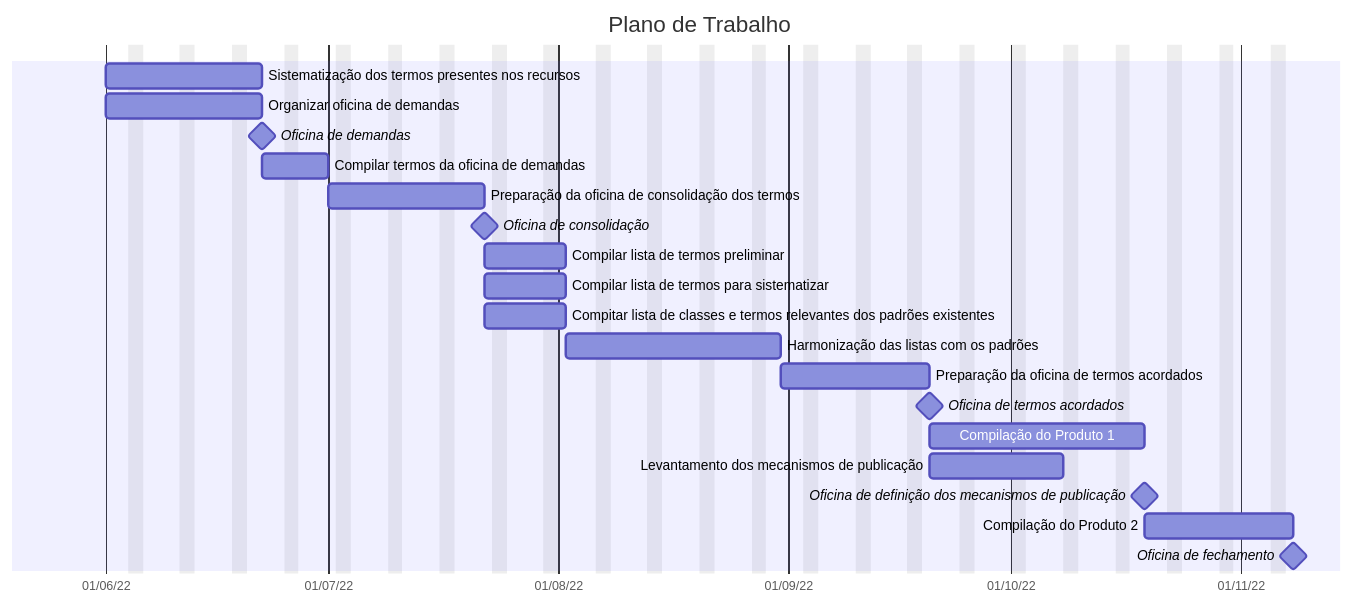
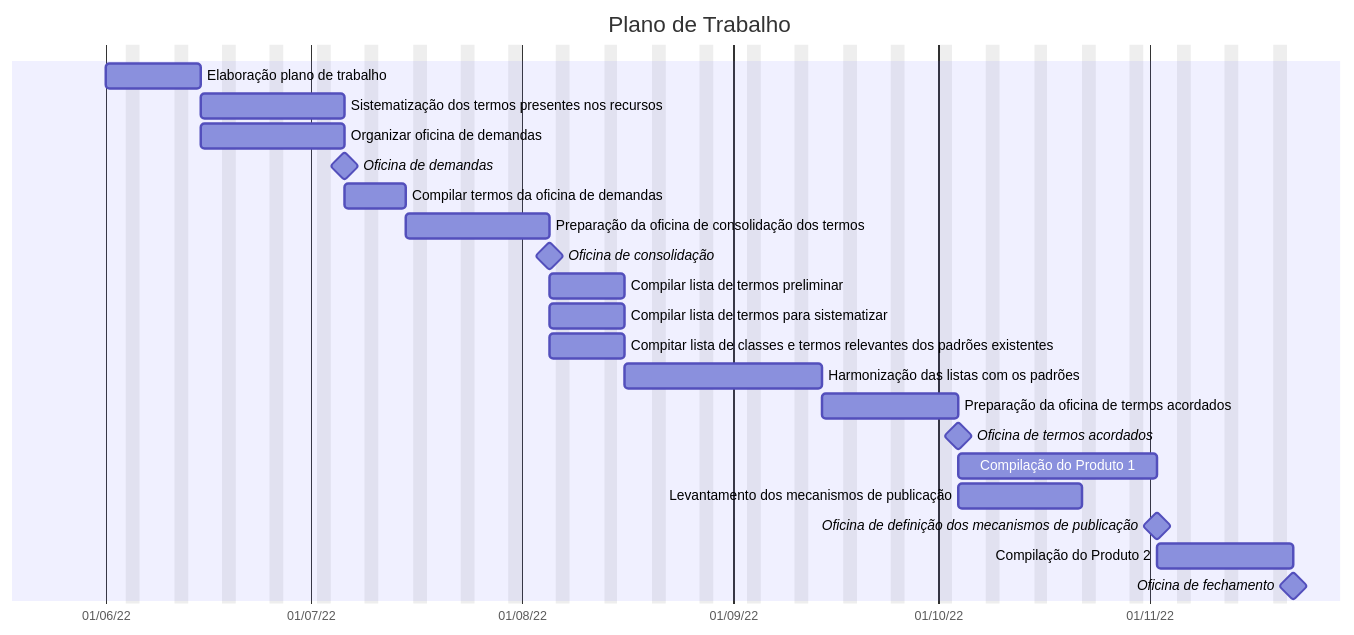
One commit to jlanna/MMA-Ameacadas changed the diagram in plano-de-trabalho/gantt.md. Above: the diagram before and after it, drawn with Mermaid.

Commit message:
Incluido plano de trabalho

````diff
--- a/plano-de-trabalho/gantt.md
+++ b/plano-de-trabalho/gantt.md
@@ -1,25 +1,26 @@
 ```mermaid
 gantt
     dateFormat DD/MM/YY
     axisFormat  %d/%m/%y
     todayMarker on
     title Plano de Trabalho
     excludes weekends
-    Sistematização dos termos presentes nos recursos :t1, 01/06/22, 15d
-    Organizar oficina de demandas :t2, 01/06/22, 15d
+    Elaboração plano de trabalho: t0, 01/06/22, 10d
+    Sistematização dos termos presentes nos recursos :t1, after t0, 15d
+    Organizar oficina de demandas :t2, after t0, 15d
     Oficina de demandas :milestone,0d
     Compilar termos da oficina de demandas :t3, after t2, 1w
     Preparação da oficina de consolidação dos termos :t4, after t3, 15d
     Oficina de consolidação :milestone,0d
     Compilar lista de termos preliminar :t5, after t4, 1w
     Compilar lista de termos para sistematizar :t6, after t4, 1w
     Compitar lista de classes e termos relevantes dos padrões existentes :t7, after t4, 1w
     Harmonização das listas com os padrões :t8, after t5 t6 t7, 3w
     Preparação da oficina de termos acordados :t9, after t8, 2w
     Oficina de termos acordados :milestone, 0d
     Compilação do Produto 1 :t10, after t9, 3w
     Levantamento dos mecanismos de publicação :t11, after t9, 2w
     Oficina de definição dos mecanismos de publicação :milestone, after t10 t11, 0d
     Compilação do Produto 2 :t13, after t10, 2w
     Oficina de fechamento :milestone, 0d
 ```
````
